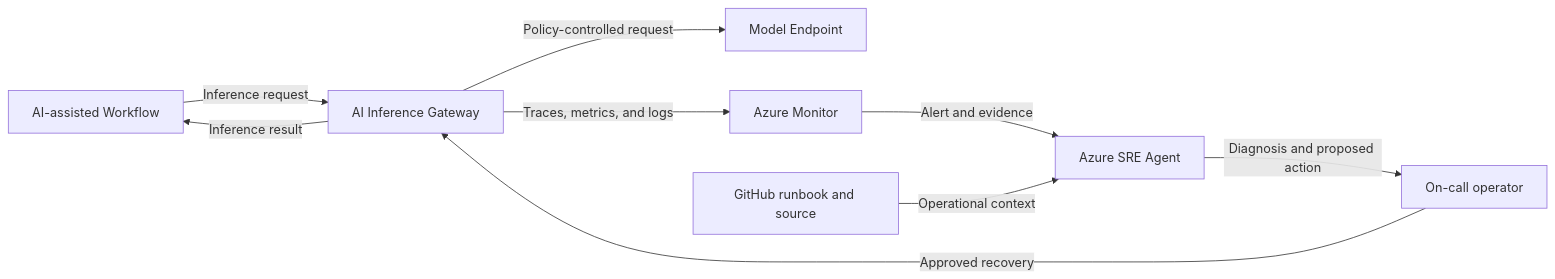
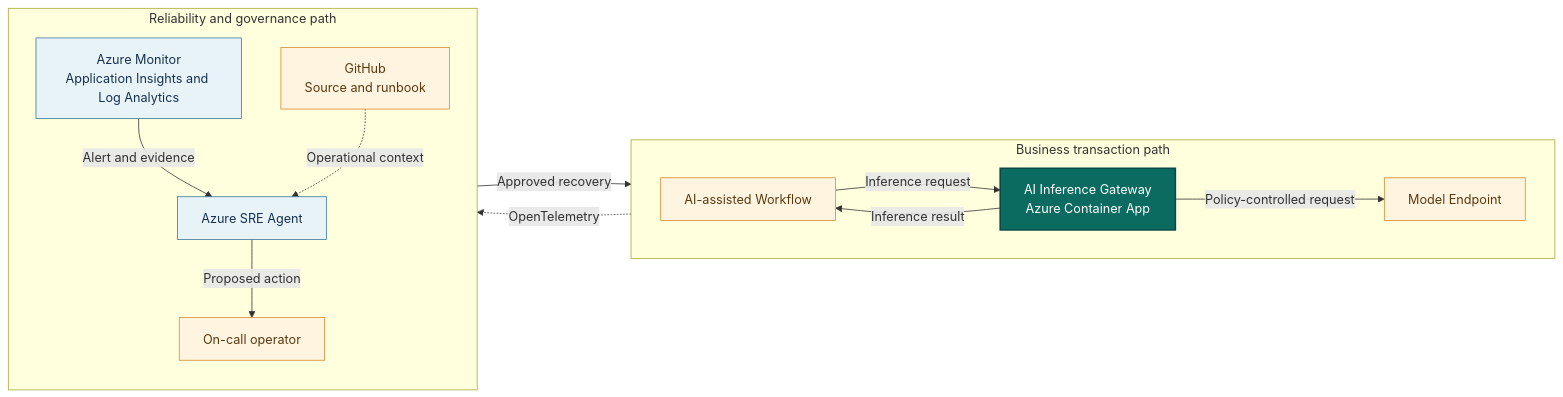
Before and after one commit to KrishnaDistributedcomputing/SREAgentEnterpriseShowcase: the diagram in runbooks/ai-inference-gateway.md, drawn with Mermaid. The commit also changed other lines of this file and 14 other files, not shown here.

First line of the commit message:
docs(docs): refine system context diagrams

````diff
--- a/runbooks/ai-inference-gateway.md
+++ b/runbooks/ai-inference-gateway.md
@@ -32,11 +32,33 @@
 ```mermaid
 flowchart LR
-    Workflow[AI-assisted Workflow] -->|Inference request| App[AI Inference Gateway]
-    App -->|Policy-controlled request| Dependency[Model Endpoint]
-    App -->|Inference result| Workflow
-    App -->|Traces, metrics, and logs| Monitor[Azure Monitor]
-    Monitor -->|Alert and evidence| Agent[Azure SRE Agent]
-    Runbook[GitHub runbook and source] -->|Operational context| Agent
-    Agent -->|Diagnosis and proposed action| Operator[On-call operator]
-    Operator -->|Approved recovery| App
+    subgraph Business["Business transaction path"]
+        direction LR
+        Workflow["AI-assisted Workflow"]
+        App["AI Inference Gateway<br/>Azure Container App"]
+        Endpoint["Model Endpoint"]
+        Workflow -->|"Inference request"| App
+        App -->|"Policy-controlled request"| Endpoint
+        App -->|"Inference result"| Workflow
+    end
+
+    subgraph Operations["Reliability and governance path"]
+        direction TB
+        Monitor["Azure Monitor<br/>Application Insights and Log Analytics"]
+        Agent["Azure SRE Agent"]
+        Operator["On-call operator"]
+        Repository["GitHub<br/>Source and runbook"]
+        Monitor -->|"Alert and evidence"| Agent
+        Repository -.->|"Operational context"| Agent
+        Agent -->|"Proposed action"| Operator
+    end
+
+    App -.->|"OpenTelemetry"| Monitor
+    Operator -->|"Approved recovery"| App
+
+    classDef application fill:#0b6b61,color:#ffffff,stroke:#064b45,stroke-width:2px
+    classDef azure fill:#e8f3f8,color:#16324f,stroke:#39789b
+    classDef external fill:#fff4df,color:#5b3a11,stroke:#d78a32
+    class App application
+    class Monitor,Agent azure
+    class Workflow,Endpoint,Operator,Repository external
 ```
````
